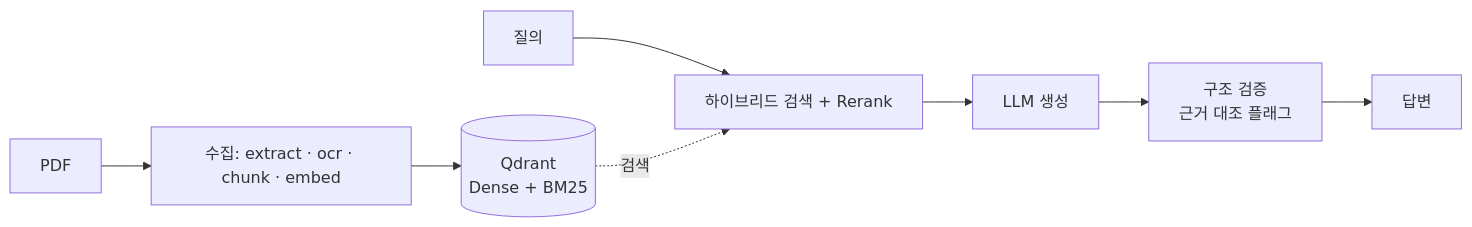
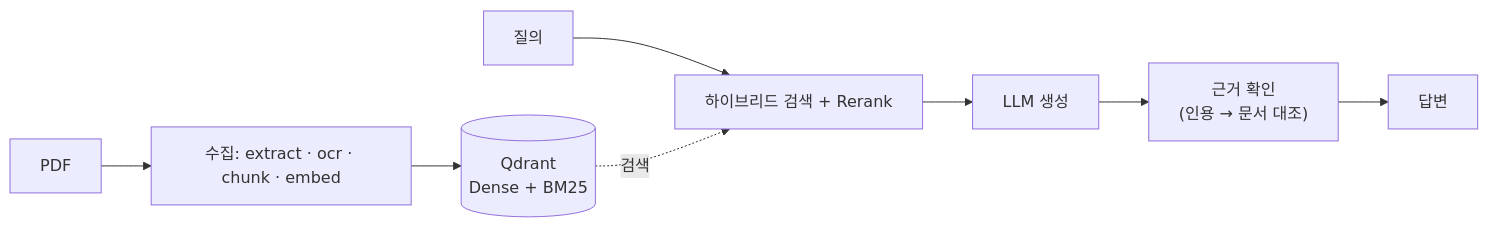
One commit to deokjinlog/docs-rag changed the diagram in README.md. Above: the diagram before and after it, drawn with Mermaid. The commit also changed other lines of this file, not shown here.

````diff
--- a/README.md
+++ b/README.md
@@ -28,6 +28,6 @@
 ```mermaid
 flowchart LR
     PDF[PDF] --> ING["수집: extract · ocr · chunk · embed"] --> QD[("Qdrant<br/>Dense + BM25")]
-    Q[질의] --> RET["하이브리드 검색 + Rerank"] --> GEN["LLM 생성"] --> VER["구조 검증<br/>근거 대조 플래그"] --> ANS[답변]
+    Q[질의] --> RET["하이브리드 검색 + Rerank"] --> GEN["LLM 생성"] --> VER["근거 확인<br/>(인용 → 문서 대조)"] --> ANS[답변]
     QD -.검색.-> RET
 ```
````
